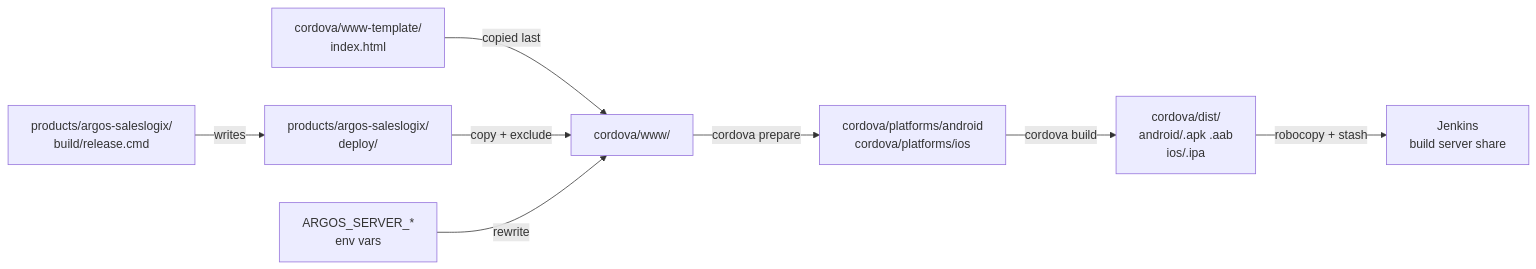
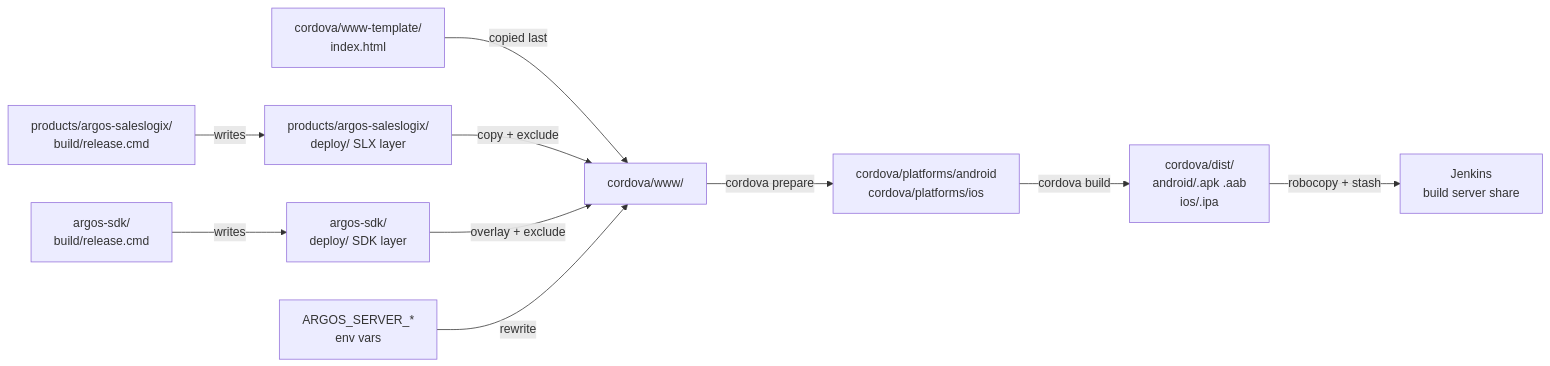
One commit to Saleslogix/argos-platform changed the first of 2 diagrams in .kiro/specs/cordova-native-shell-bundling/design.md. Above: the diagram before and after it, drawn with Mermaid. The commit also changed other lines of this file and 7 other files, not shown here.

````diff
--- a/.kiro/specs/cordova-native-shell-bundling/design.md
+++ b/.kiro/specs/cordova-native-shell-bundling/design.md
@@ -34,10 +34,12 @@
 ```mermaid
 flowchart LR
-    A[products/argos-saleslogix/<br/>build/release.cmd] -->|writes| B[products/argos-saleslogix/<br/>deploy/]
+    A[products/argos-saleslogix/<br/>build/release.cmd] -->|writes| B[products/argos-saleslogix/<br/>deploy/ SLX layer]
+    A2[argos-sdk/<br/>build/release.cmd] -->|writes| B2[argos-sdk/<br/>deploy/ SDK layer]
     T[cordova/www-template/<br/>index.html] -->|copied last| W
     B -->|copy + exclude| W[cordova/www/]
+    B2 -->|overlay + exclude| W
     E[ARGOS_SERVER_*<br/>env vars] -->|rewrite| W
     W -->|cordova prepare| P[cordova/platforms/android<br/>cordova/platforms/ios]
     P -->|cordova build| D[cordova/dist/<br/>android/.apk .aab<br/>ios/.ipa]
     D -->|robocopy + stash| J[Jenkins<br/>build server share]
 ```
````
